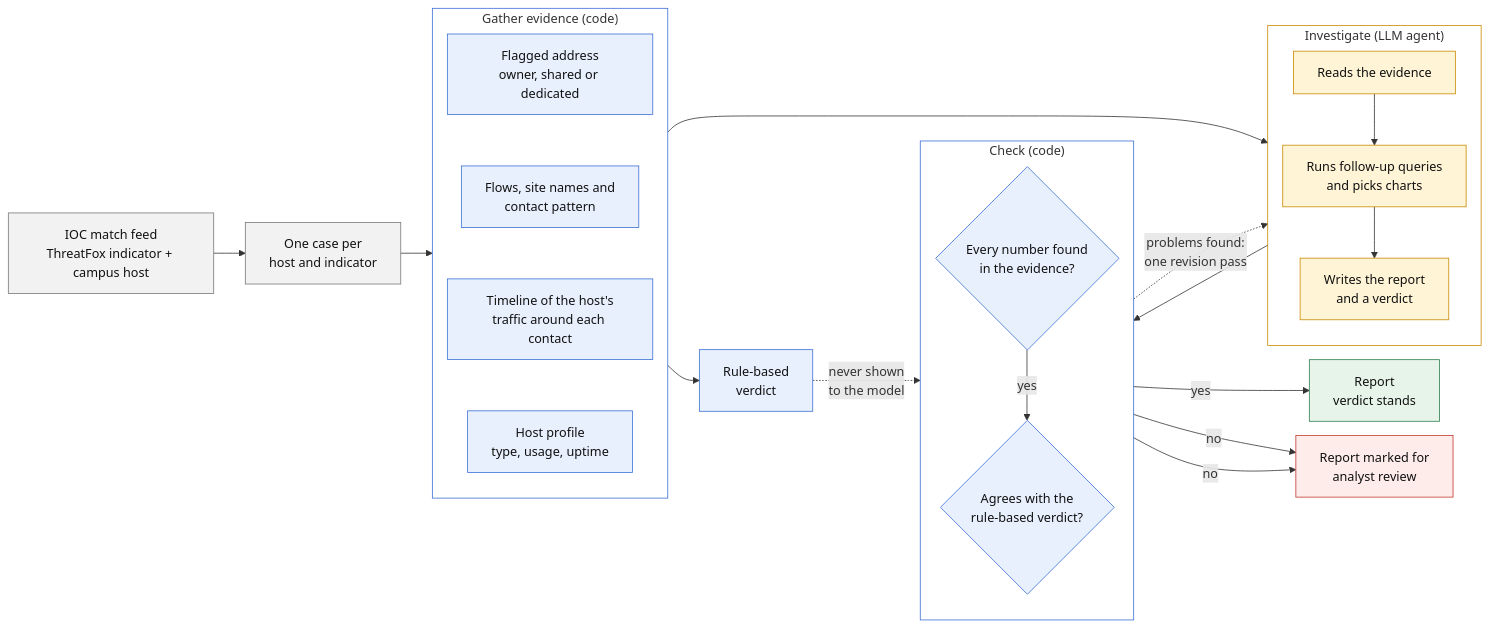
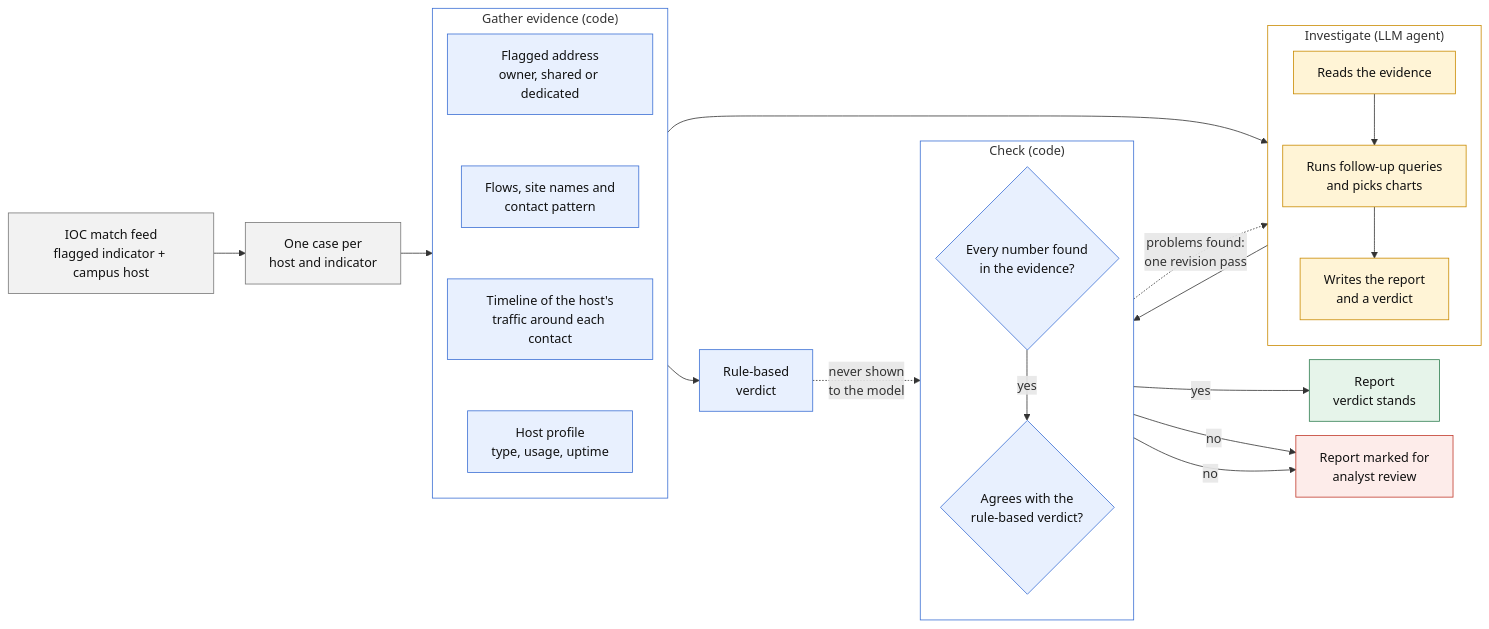
Before and after one commit to Benji-code/automated-ioc-investigator: the first of 2 diagrams in README.md, drawn with Mermaid. The commit also changed other lines of this file and 55 other files, not shown here.

````diff
--- a/README.md
+++ b/README.md
@@ -33,55 +39,55 @@
 ```mermaid
 %%{init: {"flowchart": {"nodeSpacing": 18, "rankSpacing": 40}}}%%
 flowchart LR
-    feed["IOC match feed<br/>ThreatFox indicator + campus host"] --> cases["One case per<br/>host and indicator"]
+    feed["IOC match feed<br/>flagged indicator + campus host"] --> cases["One case per<br/>host and indicator"]
     cases --> gather
 
     subgraph gather["Gather evidence (code)"]
         direction TB
         g1["Flagged address<br/>owner, shared or dedicated"]
         g2["Flows, site names and<br/>contact pattern"]
         g3["Timeline of the host's<br/>traffic around each contact"]
         g4["Host profile<br/>type, usage, uptime"]
         g1 ~~~ g2 ~~~ g3 ~~~ g4
     end
 
     gather --> investigate
     gather --> rules["Rule-based<br/>verdict"]
 
     subgraph investigate["Investigate (LLM agent)"]
         direction TB
         m1["Reads the evidence"]
         m2["Runs follow-up queries<br/>and picks charts"]
         m3["Writes the report<br/>and a verdict"]
         m1 --> m2 --> m3
     end
 
     investigate --> check
 
     subgraph check["Check (code)"]
         direction TB
         c1{"Every number found<br/>in the evidence?"}
         c2{"Agrees with the<br/>rule-based verdict?"}
         c1 -- yes --> c2
     end
 
     rules -. "never shown<br/>to the model" .-> c2
     check -. "problems found:<br/>one revision pass" .-> investigate
     c2 -- yes --> done["Report<br/>verdict stands"]
     c1 -- no --> review["Report marked for<br/>analyst review"]
     c2 -- no --> review
 
     classDef code fill:#e8f0fe,stroke:#3b6fd4,color:#111
     classDef model fill:#fff4d6,stroke:#c98a00,color:#111
     classDef io fill:#f2f2f2,stroke:#777,color:#111
     classDef good fill:#e6f4ea,stroke:#2e7d4f,color:#111
     classDef warn fill:#fdecea,stroke:#c0392b,color:#111
     class g1,g2,g3,g4,c1,c2,rules code
     class m1,m2,m3 model
     class feed,cases io
     class done good
     class review warn
     style gather fill:none,stroke:#3b6fd4
     style investigate fill:none,stroke:#c98a00
     style check fill:none,stroke:#3b6fd4
 ```
````
